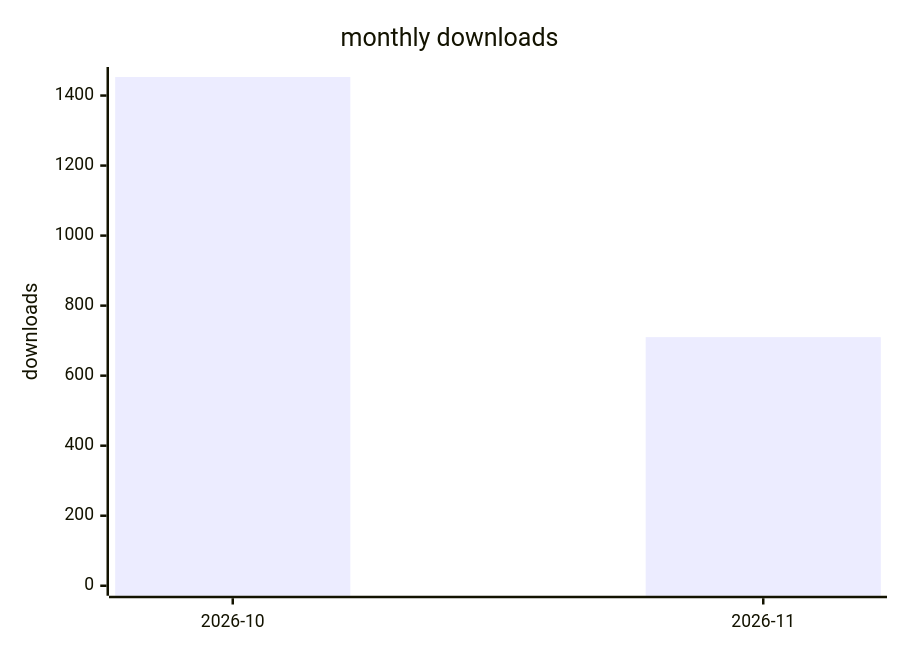
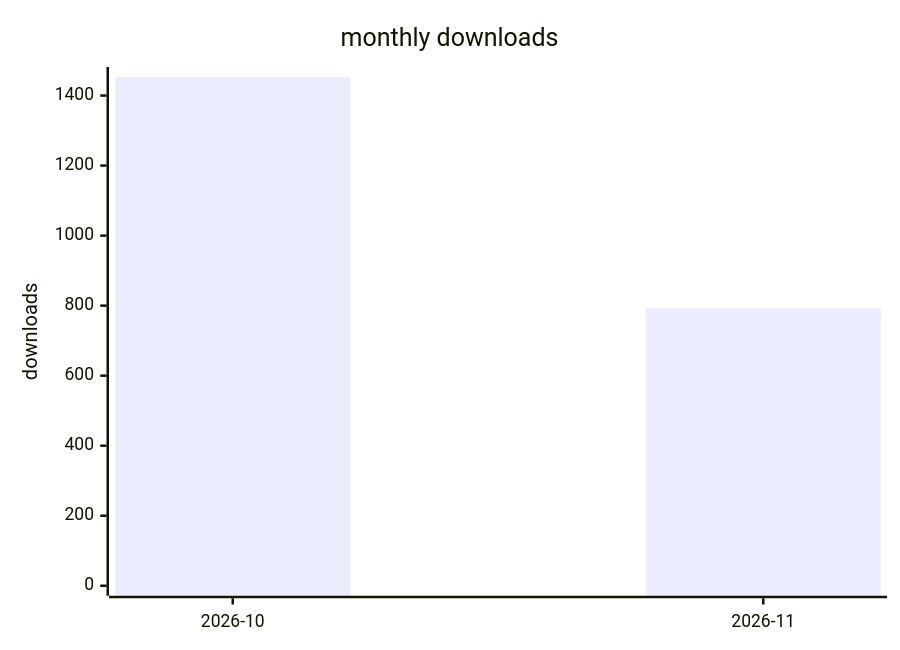
One commit to terry2010/dsh-loop-recover changed the second of 2 diagrams in docs/downloads-2026.md. Above: the diagram before and after it, drawn with Mermaid. The commit also changed other lines of this file and 1 other file, not shown here.

````diff
--- a/docs/downloads-2026.md
+++ b/docs/downloads-2026.md
@@ -29,7 +29,7 @@
 ```mermaid
 xychart-beta
     title "monthly downloads"
     x-axis ["2026-10", "2026-11"]
     y-axis "downloads" 0 --> 1453
-    bar [1453, 710]
+    bar [1453, 793]
 ```
````
